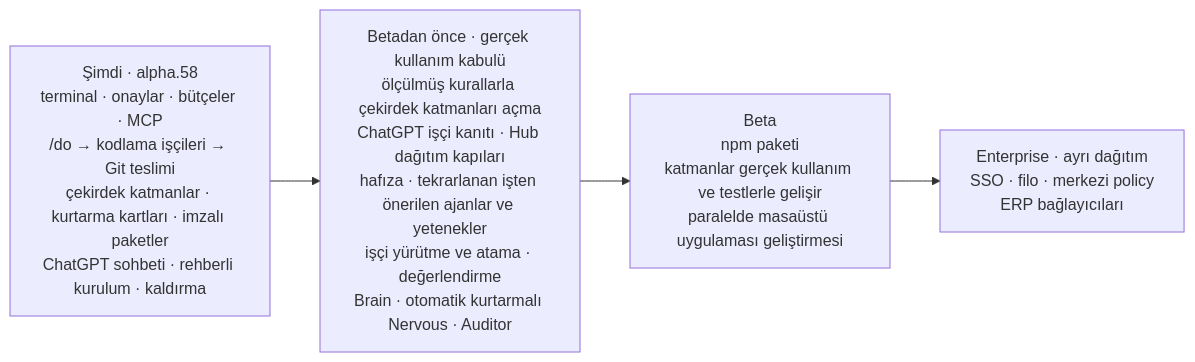
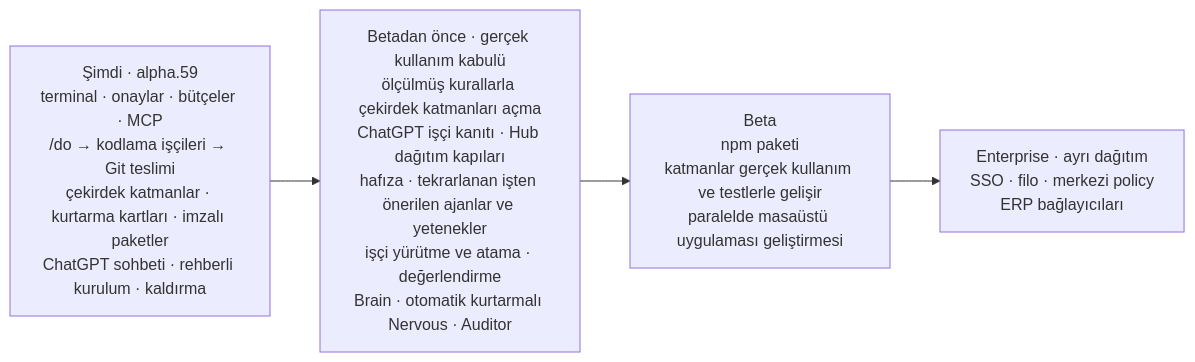
One commit to Verhex/deckent-next changed the sixth of 6 diagrams in README.tr.md. Above: the diagram before and after it, drawn with Mermaid. The commit also changed other lines of this file and 8 other files, not shown here.

````diff
--- a/README.tr.md
+++ b/README.tr.md
@@ -545,6 +545,6 @@
 ```mermaid
 flowchart LR
-  N["Şimdi · alpha.58<br/>terminal · onaylar · bütçeler · MCP<br/>/do → kodlama işçileri → Git teslimi<br/>çekirdek katmanlar · kurtarma kartları · imzalı paketler<br/>ChatGPT sohbeti · rehberli kurulum · kaldırma"] --> C["Betadan önce · gerçek kullanım kabulü<br/>ölçülmüş kurallarla çekirdek katmanları açma<br/>ChatGPT işçi kanıtı · Hub dağıtım kapıları<br/>hafıza · tekrarlanan işten önerilen ajanlar ve yetenekler<br/>işçi yürütme ve atama · değerlendirme<br/>Brain · otomatik kurtarmalı Nervous · Auditor"]
+  N["Şimdi · alpha.59<br/>terminal · onaylar · bütçeler · MCP<br/>/do → kodlama işçileri → Git teslimi<br/>çekirdek katmanlar · kurtarma kartları · imzalı paketler<br/>ChatGPT sohbeti · rehberli kurulum · kaldırma"] --> C["Betadan önce · gerçek kullanım kabulü<br/>ölçülmüş kurallarla çekirdek katmanları açma<br/>ChatGPT işçi kanıtı · Hub dağıtım kapıları<br/>hafıza · tekrarlanan işten önerilen ajanlar ve yetenekler<br/>işçi yürütme ve atama · değerlendirme<br/>Brain · otomatik kurtarmalı Nervous · Auditor"]
   C --> B["Beta<br/>npm paketi<br/>katmanlar gerçek kullanım ve testlerle gelişir<br/>paralelde masaüstü uygulaması geliştirmesi"]
   B --> E["Enterprise · ayrı dağıtım<br/>SSO · filo · merkezi policy<br/>ERP bağlayıcıları"]
 ```
````
